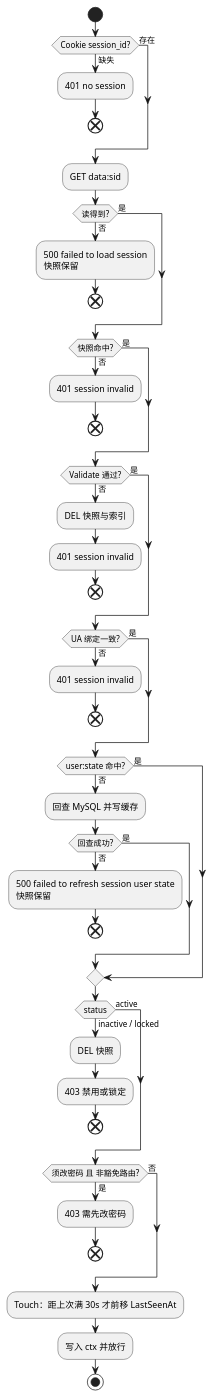
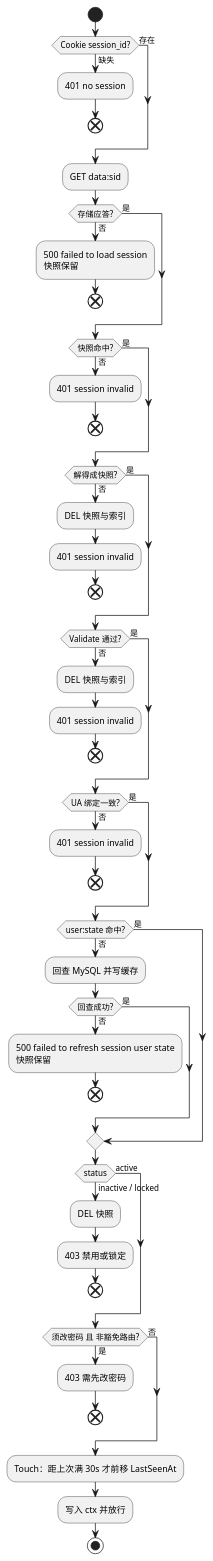
The third of 6 diagrams in module/iam/SESSION.md (hydroan/gst), drawn with PlantUML before and after one commit. The commit also changed other lines of this file and 7 other files, not shown here.

````diff
--- a/module/iam/SESSION.md
+++ b/module/iam/SESSION.md
@@ -114,57 +114,63 @@
 ```plantuml
 @startuml
 start
 if (Cookie session_id?) then (缺失)
   :401 no session;
   end
 else (存在)
 endif
 :GET data:sid;
-if (读得到?) then (否)
+if (存储应答?) then (否)
   :500 failed to load session
   快照保留;
   end
 else (是)
 endif
 if (快照命中?) then (否)
+  :401 session invalid;
+  end
+else (是)
+endif
+if (解得成快照?) then (否)
+  :DEL 快照与索引;
   :401 session invalid;
   end
 else (是)
 endif
 if (Validate 通过?) then (否)
   :DEL 快照与索引;
   :401 session invalid;
   end
 else (是)
 endif
 if (UA 绑定一致?) then (否)
   :401 session invalid;
   end
 else (是)
 endif
 if (user:state 命中?) then (否)
   :回查 MySQL 并写缓存;
   if (回查成功?) then (否)
     :500 failed to refresh session user state
     快照保留;
     end
   else (是)
   endif
 else (是)
 endif
 if (status) then (inactive / locked)
   :DEL 快照;
   :403 禁用或锁定;
   end
 else (active)
 endif
 if (须改密码 且 非豁免路由?) then (是)
   :403 需先改密码;
   end
 else (否)
 endif
 :Touch：距上次满 30s 才前移 LastSeenAt;
 :写入 ctx 并放行;
 stop
 @enduml
 ```
````
